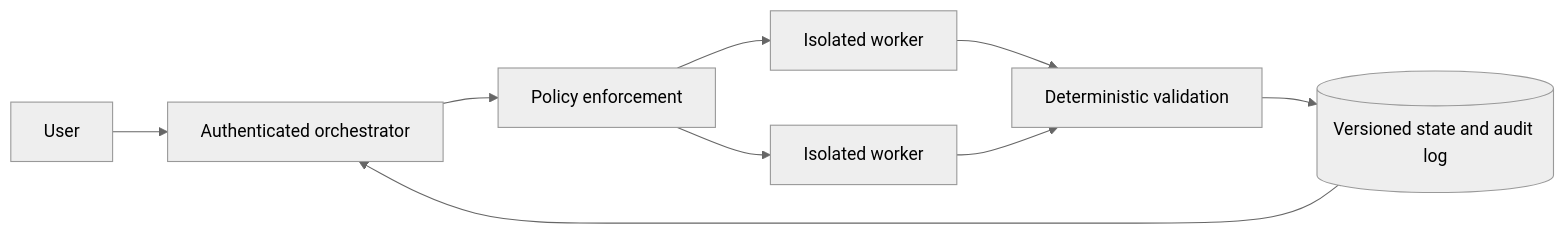
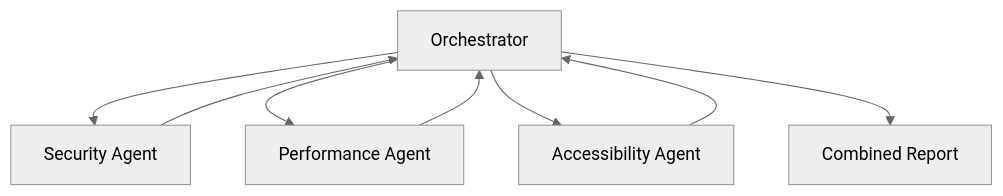
One commit to grvmithas/open-ai-engineering-standards changed the third of 5 diagrams in content/05-multi-agent-systems/README.md. Above: the diagram before and after it, drawn with Mermaid (neutral theme). The commit also changed other lines of this file and 494 other files, not shown here.

````diff
--- a/content/05-multi-agent-systems/README.md
+++ b/content/05-multi-agent-systems/README.md
@@ -17,10 +65,10 @@
 ```mermaid
-flowchart LR
-    U[User] --> O[Authenticated orchestrator]
-    O --> P[Policy enforcement]
-    P --> W1[Isolated worker]
-    P --> W2[Isolated worker]
-    W1 & W2 --> V[Deterministic validation]
-    V --> S[(Versioned state and audit log)]
+graph TD
+    O[Orchestrator] --> S[Security Agent]
+    O --> P[Performance Agent]
+    O --> A[Accessibility Agent]
     S --> O
+    P --> O
+    A --> O
+    O --> Report[Combined Report]
 ```
````
